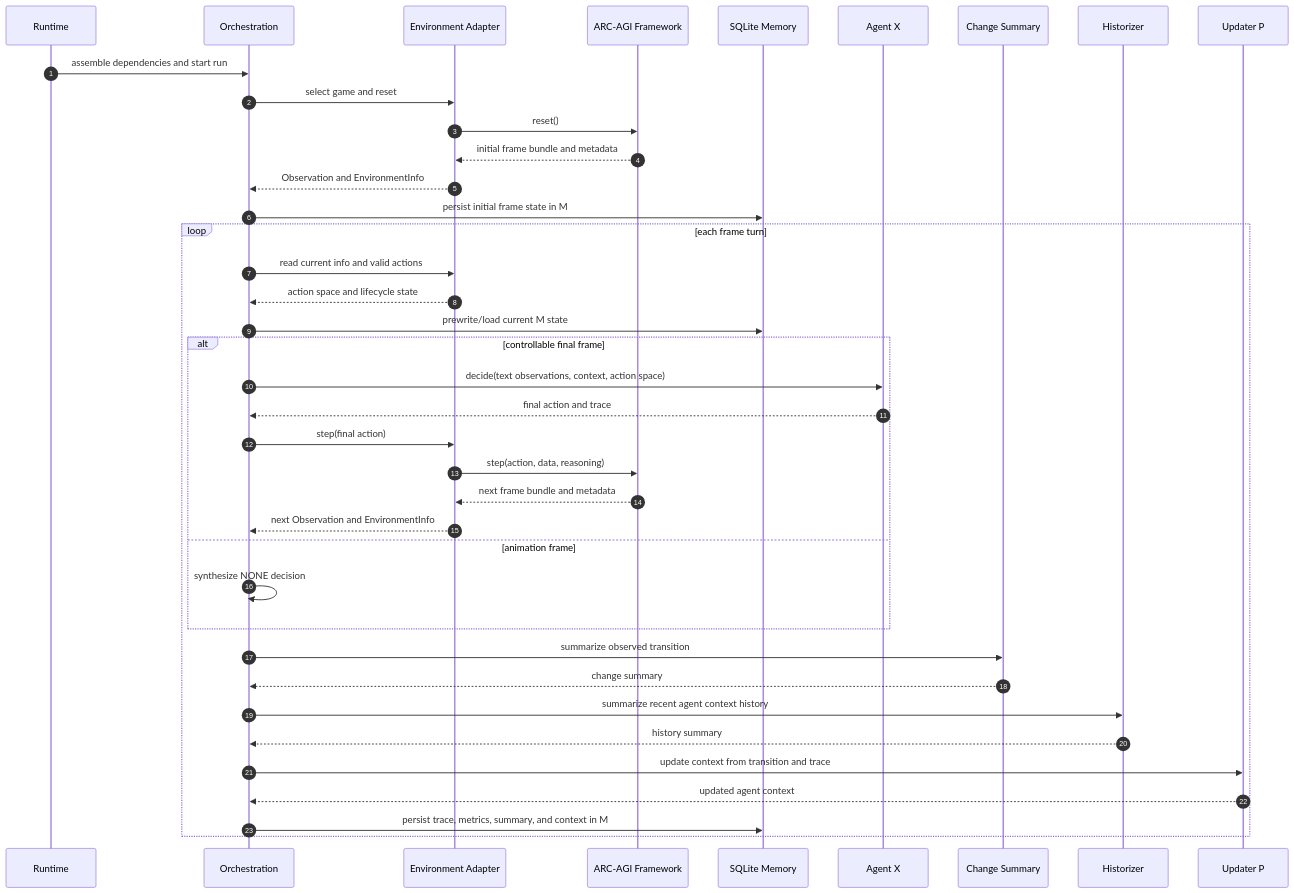
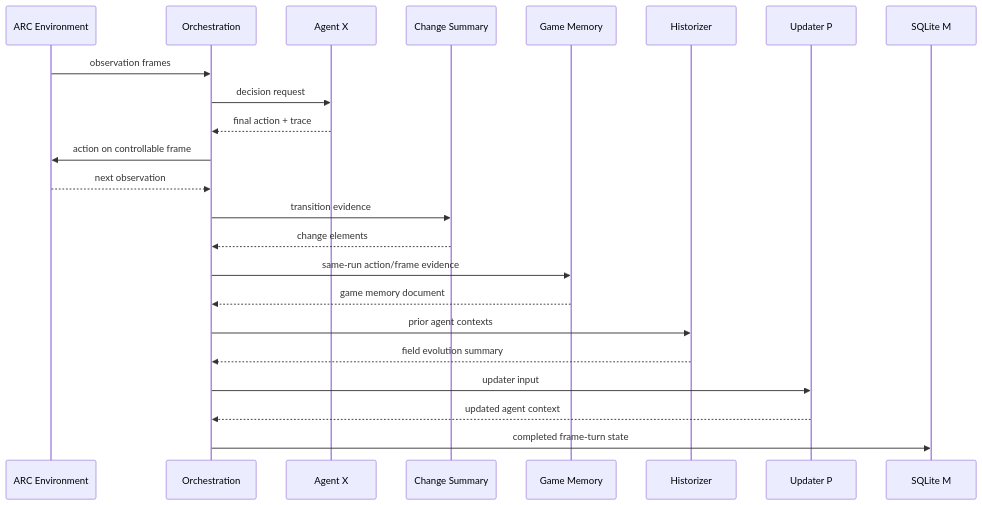
One commit to cocomette/artificial-agency changed the second of 2 diagrams in doc/architecture/software/diagrams.md. Above: the diagram before and after it, drawn with Mermaid. The commit also changed other lines of this file and 252 other files, not shown here.

````diff
--- a/doc/architecture/software/diagrams.md
+++ b/doc/architecture/software/diagrams.md
@@ -43,43 +15,26 @@
 ```mermaid
 sequenceDiagram
-    autonumber
-    participant Runtime
+    participant Env as ARC Environment
     participant Orch as Orchestration
-    participant Env as Environment Adapter
-    participant ARC as ARC-AGI Framework
-    participant Mem as SQLite Memory
     participant X as Agent X
     participant C as Change Summary
+    participant M as Game Memory
     participant H as Historizer
     participant P as Updater P
+    participant DB as SQLite M
 
-    Runtime->>Orch: assemble dependencies and start run
-    Orch->>Env: select game and reset
-    Env->>ARC: reset()
-    ARC-->>Env: initial frame bundle and metadata
-    Env-->>Orch: Observation and EnvironmentInfo
-    Orch->>Mem: persist initial frame state in M
-
-    loop each frame turn
-        Orch->>Env: read current info and valid actions
-        Env-->>Orch: action space and lifecycle state
-        Orch->>Mem: prewrite/load current M state
-        alt controllable final frame
-            Orch->>X: decide(text observations, context, action space)
-            X-->>Orch: final action and trace
-            Orch->>Env: step(final action)
-            Env->>ARC: step(action, data, reasoning)
-            ARC-->>Env: next frame bundle and metadata
-            Env-->>Orch: next Observation and EnvironmentInfo
-        else animation frame
-            Orch->>Orch: synthesize NONE decision
-        end
-        Orch->>C: summarize observed transition
-        C-->>Orch: change summary
-        Orch->>H: summarize recent agent context history
-        H-->>Orch: history summary
-        Orch->>P: update context from transition and trace
-        P-->>Orch: updated agent context
-        Orch->>Mem: persist trace, metrics, summary, and context in M
-    end
+    Env->>Orch: observation frames
+    Orch->>X: decision request
+    X-->>Orch: final action + trace
+    Orch->>Env: action on controllable frame
+    Env-->>Orch: next observation
+    Orch->>C: transition evidence
+    C-->>Orch: change elements
+    Orch->>M: same-run action/frame evidence
+    M-->>Orch: game memory document
+    Orch->>H: prior agent contexts
+    H-->>Orch: field evolution summary
+    Orch->>P: updater input
+    P-->>Orch: updated agent context
+    Orch->>DB: completed frame-turn state
 ```
````
